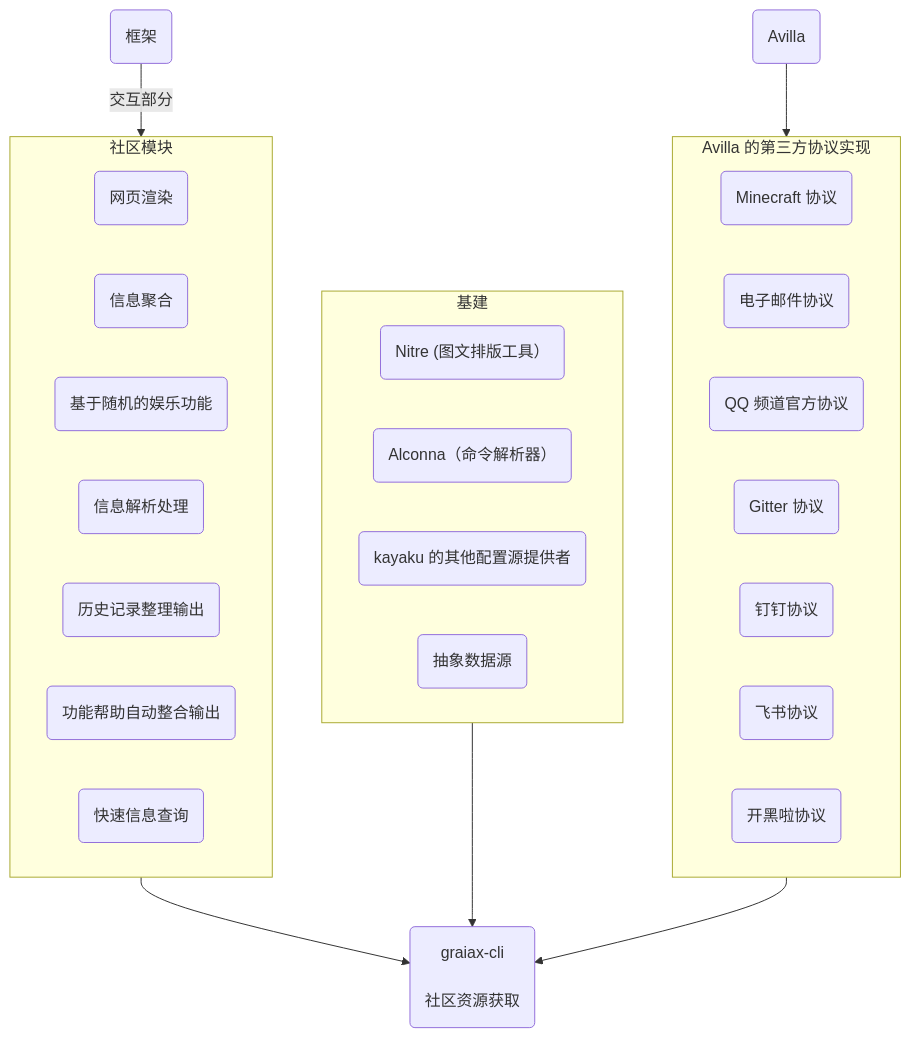
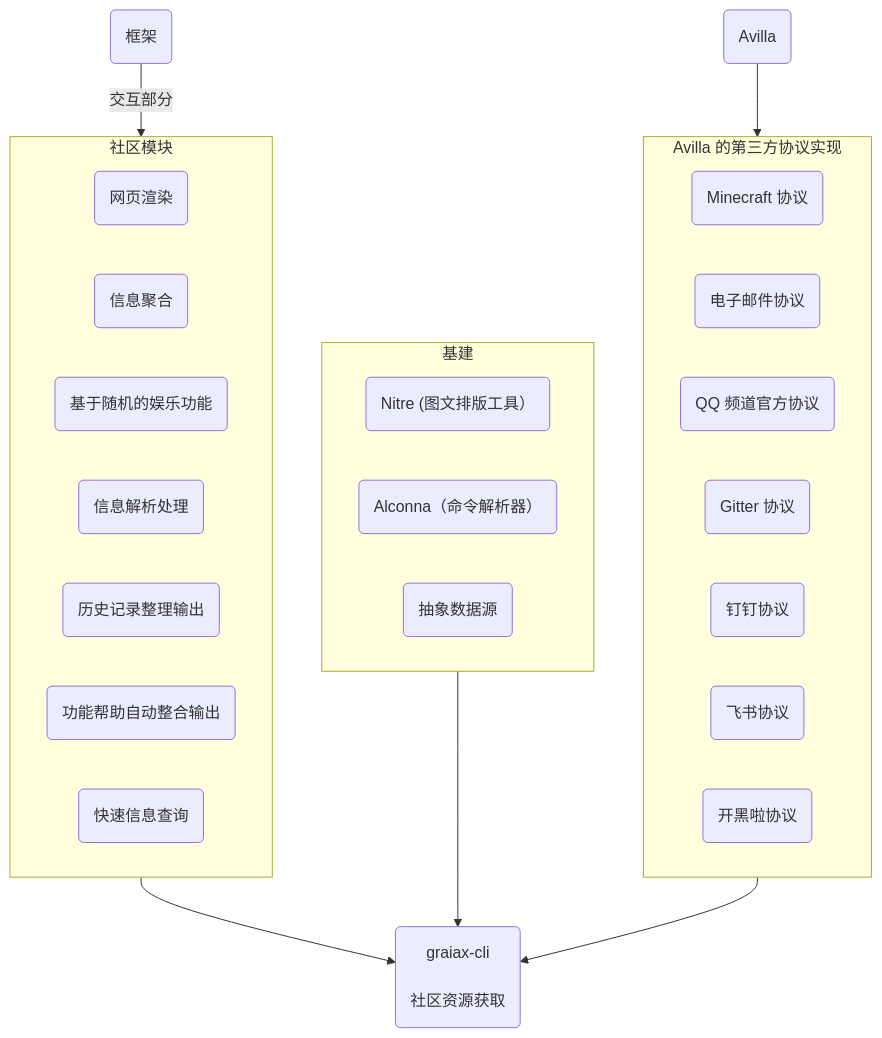
One commit to GraiaProject/Document changed the second of 2 diagrams in docs/ecosystem.md. Above: the diagram before and after it, drawn with Mermaid. The commit also changed 2 other files, not shown here.

````diff
--- a/docs/ecosystem.md
+++ b/docs/ecosystem.md
@@ -54,41 +54,40 @@
 ```mermaid
 flowchart TB
     Framework(框架)
     Avilla(Avilla)
 
         subgraph CommunityInfra [基建]
             Nitre("Nitre (图文排版工具）")
             Alconna("Alconna（命令解析器）")
-            KayakuProviders("kayaku 的其他配置源提供者")
             AbstractDataSource("抽象数据源")
         end
 
         Framework -- 交互部分 --> CommunityModules
         subgraph CommunityModules [社区模块]
             WebRender(网页渲染)
             InfoAggregation(信息聚合)
             RandomRelated(基于随机的娱乐功能)
             Resolve(信息解析处理)
             HistoryRelated(历史记录整理输出)
             HelpGeneration(功能帮助自动整合输出)
             InlineQuery(快速信息查询)
         end
 
         Avilla --> AvillaThirdPartyProtocol
         subgraph AvillaThirdPartyProtocol [Avilla 的第三方协议实现]
 
             MInecraft(Minecraft 协议)
             Email(电子邮件协议)
             QQGuild(QQ 频道官方协议)
             Gitter(Gitter 协议)
             DingTalk(钉钉协议)
             FeiShu(飞书协议)
             KaiHeiLa(开黑啦协议)
         end
 
 
         GraiaxCLI("graiax-cli\n\n社区资源获取")
         CommunityModules --> GraiaxCLI
         CommunityInfra --> GraiaxCLI
         AvillaThirdPartyProtocol --> GraiaxCLI
 ```
````
